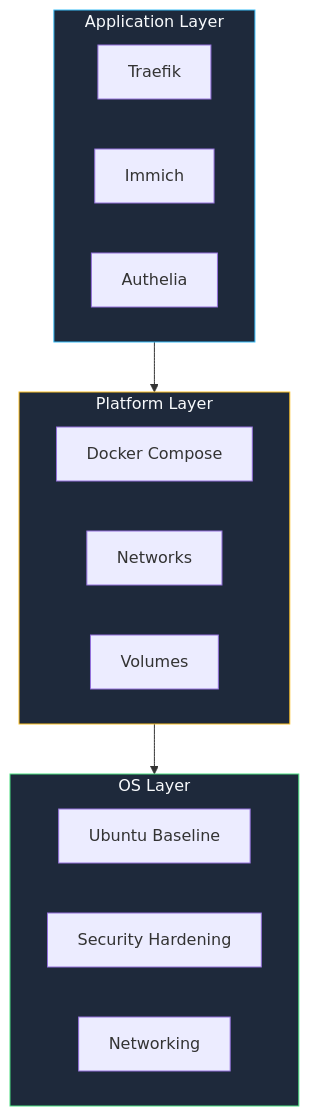
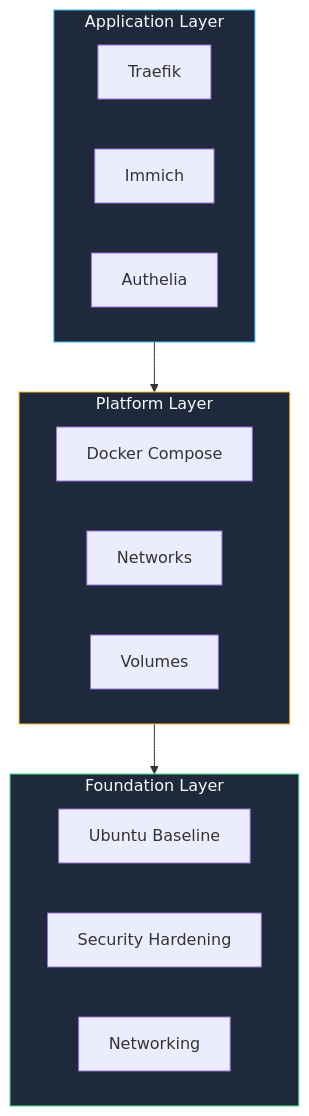
The diagram in stackkits/explanations/cue-architecture.mdx (KombiverseLabs/mintlify-docs), drawn with Mermaid before and after one commit. The commit also changed other lines of this file and 155 other files, not shown here.

````diff
--- a/stackkits/explanations/cue-architecture.mdx
+++ b/stackkits/explanations/cue-architecture.mdx
@@ -33,26 +33,26 @@
 ```mermaid
 graph TB
     subgraph App["Application Layer"]
         S1["Traefik"]
         S2["Immich"]
         S3["Authelia"]
     end
 
     subgraph Platform["Platform Layer"]
         Docker["Docker Compose"]
         Networks["Networks"]
         Volumes["Volumes"]
     end
 
-    subgraph OS["OS Layer"]
+    subgraph OS["Foundation Layer"]
         Ubuntu["Ubuntu Baseline"]
         Security["Security Hardening"]
         Networking["Networking"]
     end
 
     App --> Platform --> OS
 
     style App fill:#1e293b,stroke:#38bdf8,color:#f8fafc
     style Platform fill:#1e293b,stroke:#fbbf24,color:#f8fafc
     style OS fill:#1e293b,stroke:#4ade80,color:#f8fafc
 ```
````
